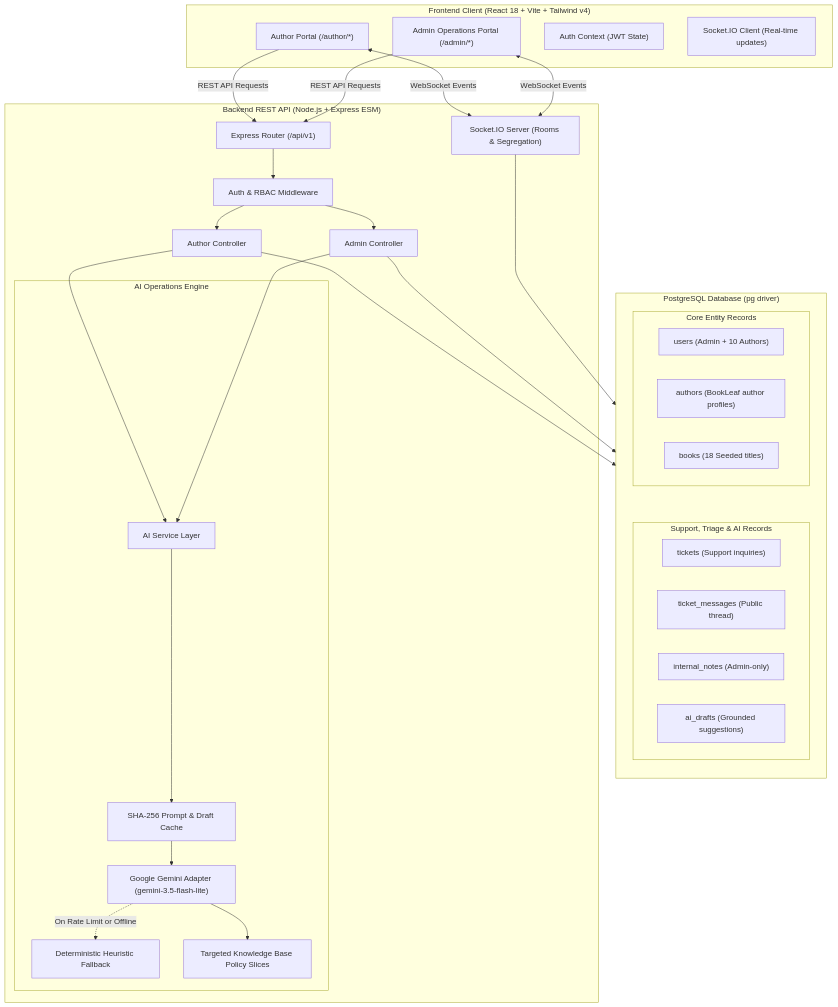
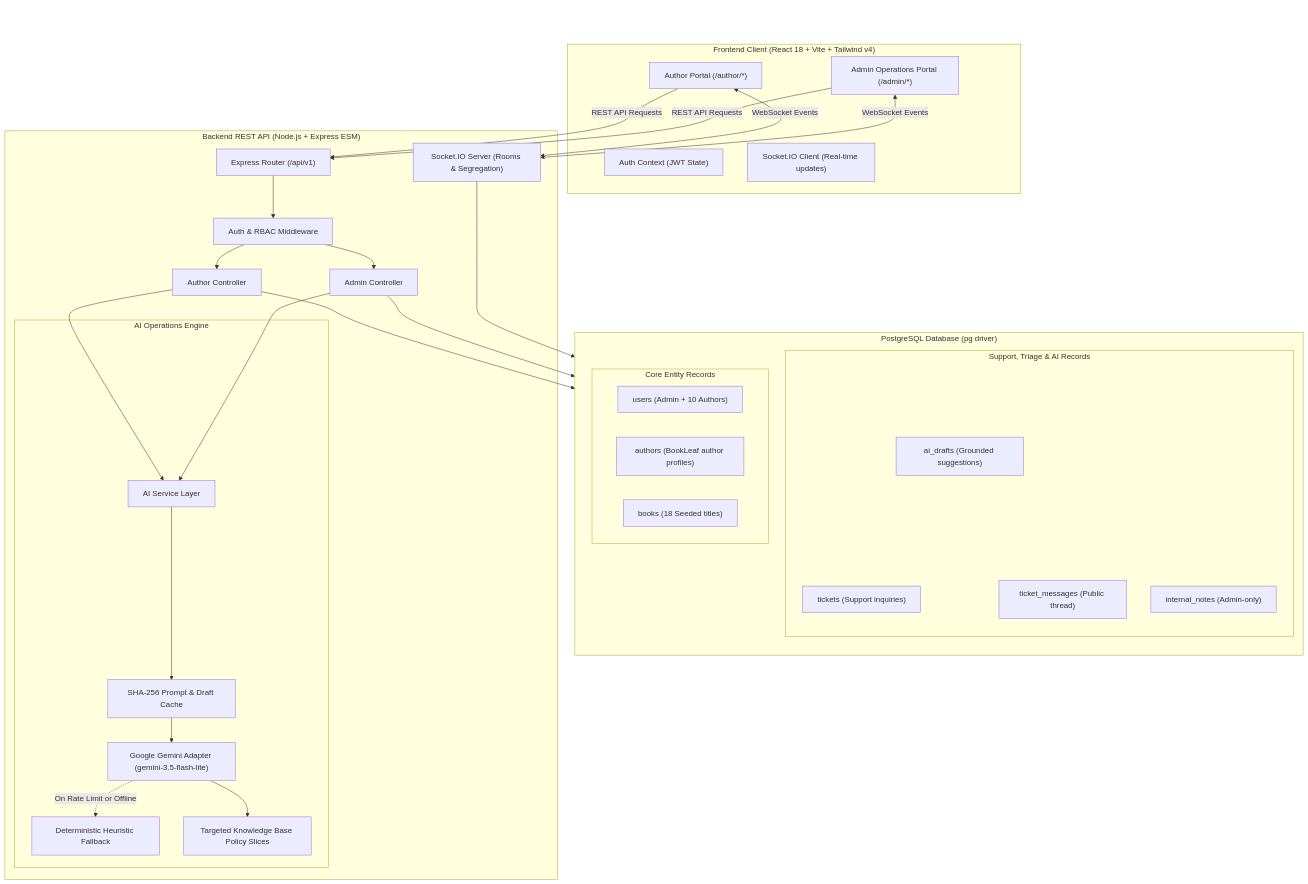
Before and after one commit to Abhisek1233/Bookleaf-author-portal: the diagram in README.md, drawn with Mermaid.

Commit message:
docs(readme): add top-right and bottom-right transparent buffers to Mermaid diagram

````diff
--- a/README.md
+++ b/README.md
@@ -127,66 +127,80 @@
 ```mermaid
 flowchart TD
+    TopBuffer[" "]
+    style TopBuffer fill:none,stroke:none,color:none
+
     subgraph Client["Frontend Client (React 18 + Vite + Tailwind v4)"]
         AuthorUI["Author Portal (/author/*)"]
         AdminUI["Admin Operations Portal (/admin/*)"]
         AuthCtx["Auth Context (JWT State)"]
         SocketCl["Socket.IO Client (Real-time updates)"]
+        TopRightPad[" "]
+        AdminUI ~~~ TopRightPad
+        style TopRightPad fill:none,stroke:none,color:none
     end
 
     subgraph Server["Backend REST API (Node.js + Express ESM)"]
         Router["Express Router (/api/v1)"]
         AuthMw["Auth & RBAC Middleware"]
         AuthorCtrl["Author Controller"]
         AdminCtrl["Admin Controller"]
         
         subgraph AISubsystem["AI Operations Engine"]
             AISvc["AI Service Layer"]
             GeminiProv["Google Gemini Adapter (gemini-3.5-flash-lite)"]
             FallbackProv["Deterministic Heuristic Fallback"]
             KB["Targeted Knowledge Base Policy Slices"]
             Cache["SHA-256 Prompt & Draft Cache"]
         end
 
         SocketSvr["Socket.IO Server (Rooms & Segregation)"]
     end
 
     subgraph Storage["PostgreSQL Database (pg driver)"]
         direction TB
         subgraph CoreTables["Core Entity Records"]
             T_Users["users (Admin + 10 Authors)"]
             T_Authors["authors (BookLeaf author profiles)"]
             T_Books["books (18 Seeded titles)"]
         end
         subgraph SupportTables["Support, Triage & AI Records"]
             T_Tickets["tickets (Support inquiries)"]
             T_Messages["ticket_messages (Public thread)"]
             T_Notes["internal_notes (Admin-only)"]
             T_Drafts["ai_drafts (Grounded suggestions)"]
+            BottomRightPad[" "]
+            T_Drafts ~~~ BottomRightPad
+            style BottomRightPad fill:none,stroke:none,color:none
         end
         CoreTables ~~~ SupportTables
     end
+
+    BottomBuffer[" "]
+    style BottomBuffer fill:none,stroke:none,color:none
+
+    TopBuffer ~~~ AuthorUI
+    TopBuffer ~~~ TopRightPad
 
     AuthorUI -->|REST API Requests| Router
     AdminUI -->|REST API Requests| Router
     AuthorUI <-->|WebSocket Events| SocketSvr
     AdminUI <-->|WebSocket Events| SocketSvr
 
     Router --> AuthMw
     AuthMw --> AuthorCtrl
     AuthMw --> AdminCtrl
     
     AuthorCtrl --> AISvc
     AdminCtrl --> AISvc
     AISvc --> Cache
     Cache --> GeminiProv
     GeminiProv -.->|On Rate Limit or Offline| FallbackProv
     GeminiProv --> KB
     
     AuthorCtrl --> Storage
     AdminCtrl --> Storage
     SocketSvr --> Storage
 
-    CornerPad[" \n \n "]
-    Storage ~~~ CornerPad
-    style CornerPad fill:none,stroke:none,color:none
+    T_Tickets ~~~ BottomBuffer
+    BottomRightPad ~~~ BottomBuffer
 ```
````
